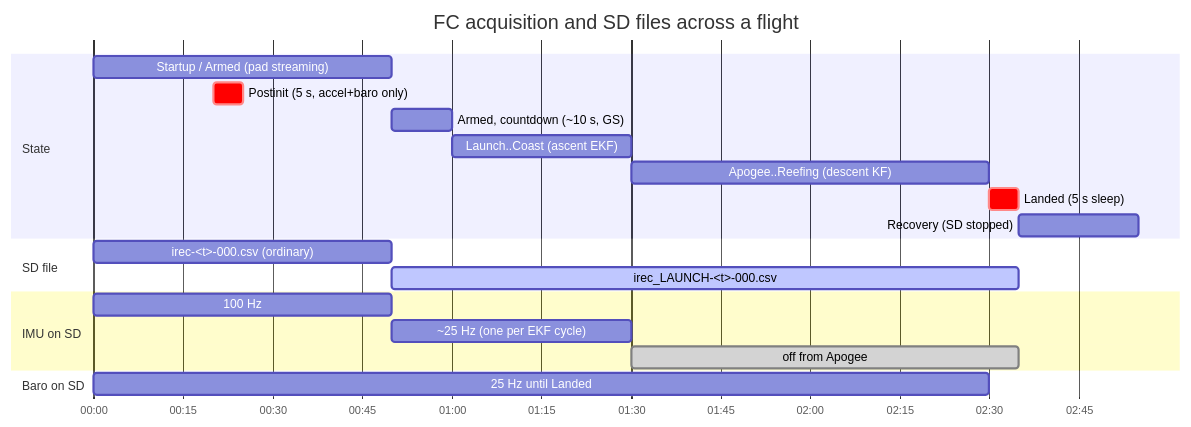
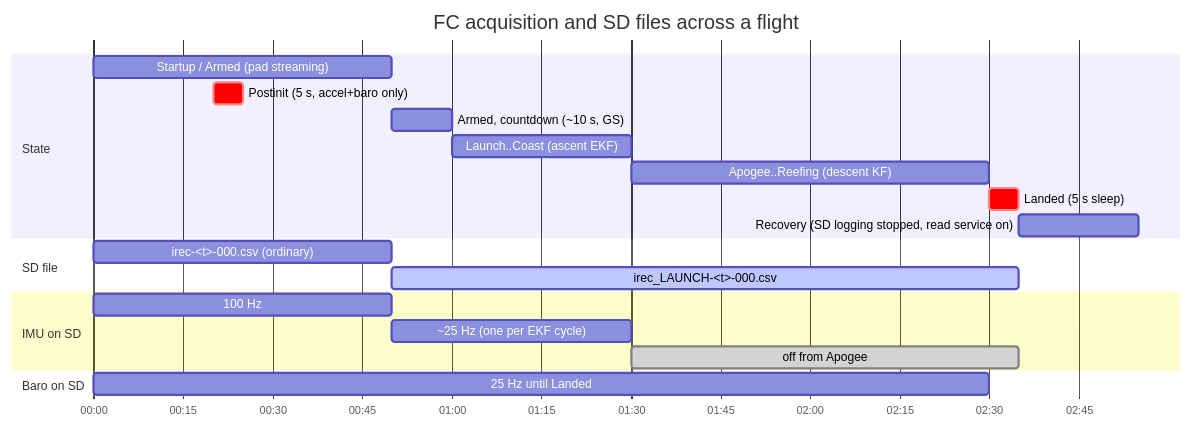
The third of 3 diagrams in docs/data-pipeline.md (University-at-Buffalo-SEDS/FlightComputer26), drawn with Mermaid before and after one commit. The commit also changed other lines of this file and 11 other files, not shown here.

````diff
--- a/docs/data-pipeline.md
+++ b/docs/data-pipeline.md
@@ -78,23 +79,23 @@
 ```mermaid
 gantt
   title FC acquisition and SD files across a flight
   dateFormat HH:mm:ss
   axisFormat %M:%S
   section State
   Startup / Armed (pad streaming)     :s1, 00:00:00, 50s
   Postinit (5 s, accel+baro only)     :crit, s2, 00:00:20, 5s
   Armed, countdown (~10 s, GS)        :s3, 00:00:50, 10s
   Launch..Coast (ascent EKF)          :s4, 00:01:00, 30s
   Apogee..Reefing (descent KF)        :s5, 00:01:30, 60s
   Landed (5 s sleep)                  :crit, s6, 00:02:30, 5s
-  Recovery (SD stopped)               :s7, 00:02:35, 20s
+  Recovery (SD logging stopped, read service on) :s7, 00:02:35, 20s
   section SD file
   irec-<t>-000.csv (ordinary)         :f1, 00:00:00, 50s
   irec_LAUNCH-<t>-000.csv             :active, f2, 00:00:50, 105s
   section IMU on SD
   100 Hz                              :i1, 00:00:00, 50s
   ~25 Hz (one per EKF cycle)          :i2, 00:00:50, 40s
   off from Apogee                     :done, i3, 00:01:30, 65s
   section Baro on SD
   25 Hz until Landed                  :b1, 00:00:00, 150s
 ```
````
